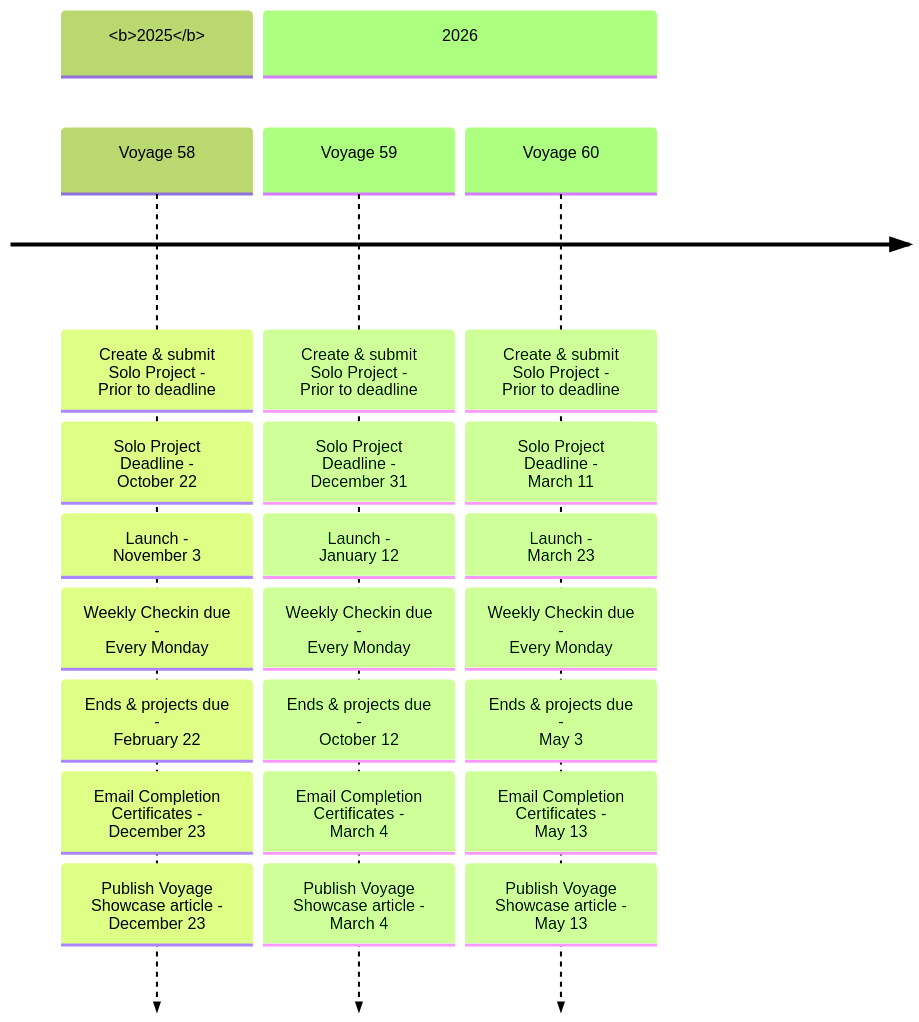
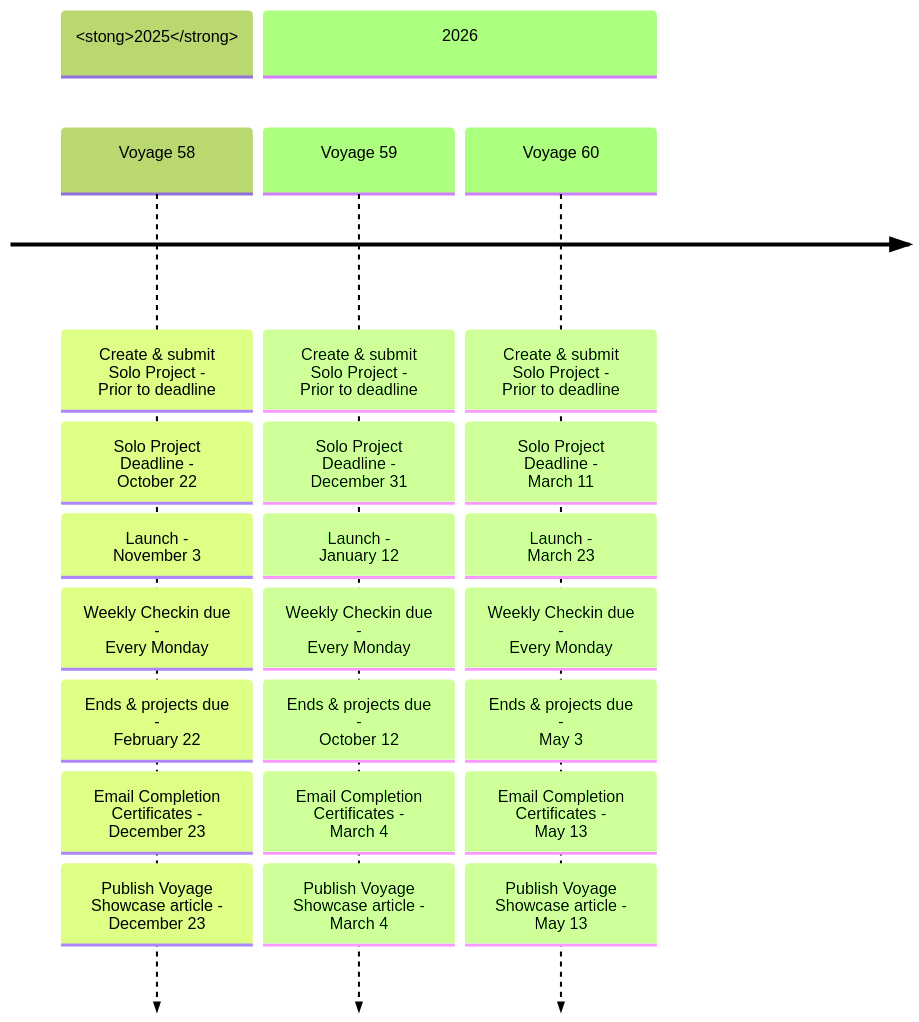
Before and after one commit to chingu-voyages/Handbook: the first of 3 diagrams in docs/guides/voyage/voyage.md, drawn with Mermaid (forest theme).

Commit message:
Feature: Test strong tag in mermaid timeline sections

````diff
--- a/docs/guides/voyage/voyage.md
+++ b/docs/guides/voyage/voyage.md
@@ -31,26 +31,26 @@
 ```mermaid
   timeline
-    section <b>2025</b>
+    section <stong>2025</strong>
       Voyage 58: Create & submit Solo Project - <br>Prior to deadline
                : Solo Project Deadline - <br>October 22
                : Launch - <br>November 3
                : Weekly Checkin due - <br>Every Monday
                : Ends & projects due - <br>February 22
                : Email Completion Certificates - <br>December 23
                : Publish Voyage Showcase article - <br>December 23
     section 2026
       Voyage 59: Create & submit Solo Project - <br>Prior to deadline
                : Solo Project Deadline - <br>December 31
                : Launch - <br>January 12
                : Weekly Checkin due - <br>Every Monday
                : Ends & projects due - <br>October 12
                : Email Completion Certificates - <br>March 4
                : Publish Voyage Showcase article - <br>March 4
       Voyage 60: Create & submit Solo Project - <br>Prior to deadline
                : Solo Project Deadline - <br>March 11
                : Launch - <br>March 23 
                : Weekly Checkin due - <br>Every Monday
                : Ends & projects due - <br>May 3
                : Email Completion Certificates - <br>May 13
                : Publish Voyage Showcase article - <br>May 13
 ```
````
